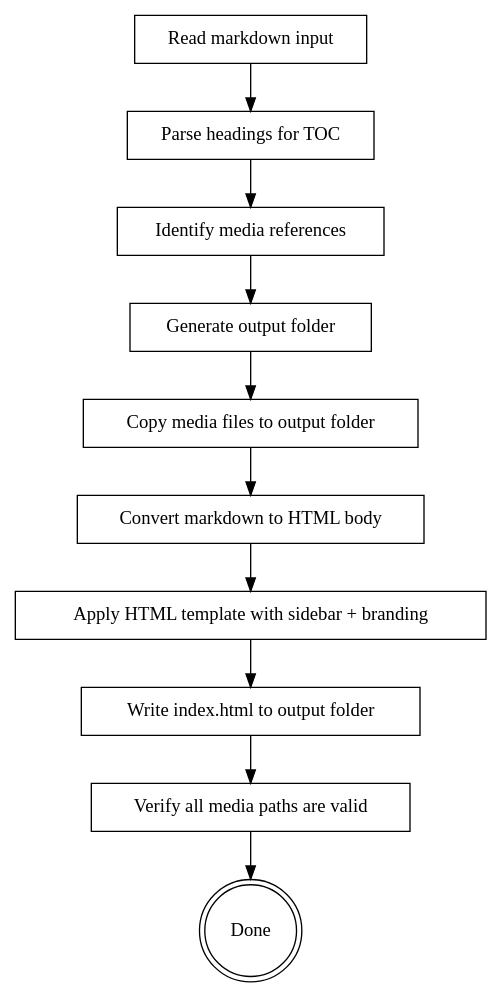
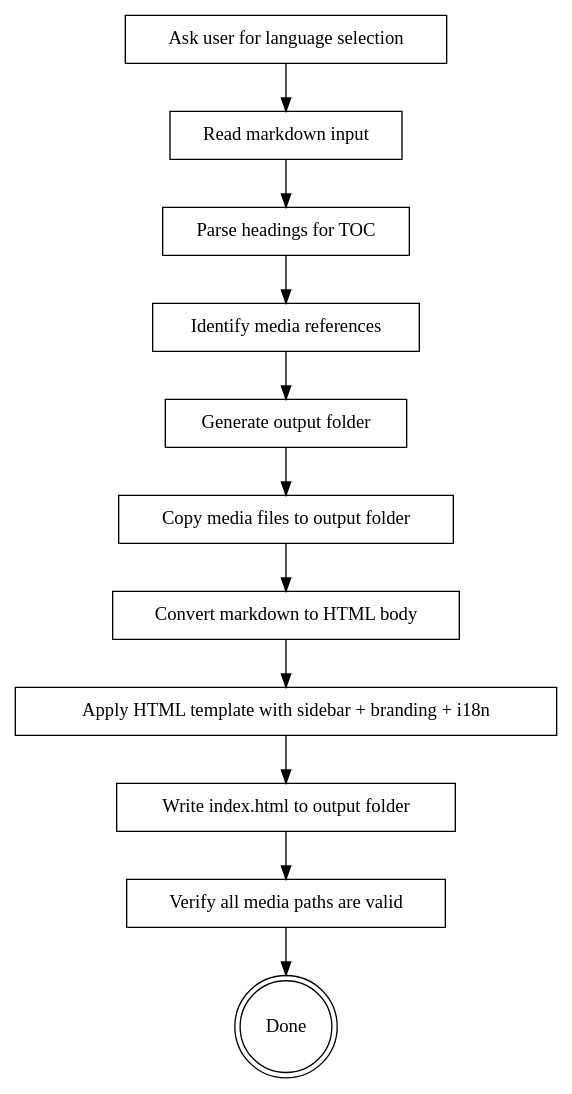
The diagram in skills/generating-html-manual/SKILL.md (wisquest/yanzhi-user-manual-generator), drawn with Graphviz before and after one commit. The commit also changed other lines of this file and 5 other files, not shown here.

First line of the commit message:
feat: add multi-language i18n support to HTML manual generation

````diff
--- a/skills/generating-html-manual/SKILL.md
+++ b/skills/generating-html-manual/SKILL.md
@@ -52,24 +52,26 @@
 ```dot
 digraph html_manual {
+  "Ask user for language selection" [shape=box];
   "Read markdown input" [shape=box];
   "Parse headings for TOC" [shape=box];
   "Identify media references" [shape=box];
   "Generate output folder" [shape=box];
   "Copy media files to output folder" [shape=box];
   "Convert markdown to HTML body" [shape=box];
-  "Apply HTML template with sidebar + branding" [shape=box];
+  "Apply HTML template with sidebar + branding + i18n" [shape=box];
   "Write index.html to output folder" [shape=box];
   "Verify all media paths are valid" [shape=box];
   "Done" [shape=doublecircle];
 
+  "Ask user for language selection" -> "Read markdown input";
   "Read markdown input" -> "Parse headings for TOC";
   "Parse headings for TOC" -> "Identify media references";
   "Identify media references" -> "Generate output folder";
   "Generate output folder" -> "Copy media files to output folder";
   "Copy media files to output folder" -> "Convert markdown to HTML body";
-  "Convert markdown to HTML body" -> "Apply HTML template with sidebar + branding";
-  "Apply HTML template with sidebar + branding" -> "Write index.html to output folder";
+  "Convert markdown to HTML body" -> "Apply HTML template with sidebar + branding + i18n";
+  "Apply HTML template with sidebar + branding + i18n" -> "Write index.html to output folder";
   "Write index.html to output folder" -> "Verify all media paths are valid";
   "Verify all media paths are valid" -> "Done";
 }
 ```
````
